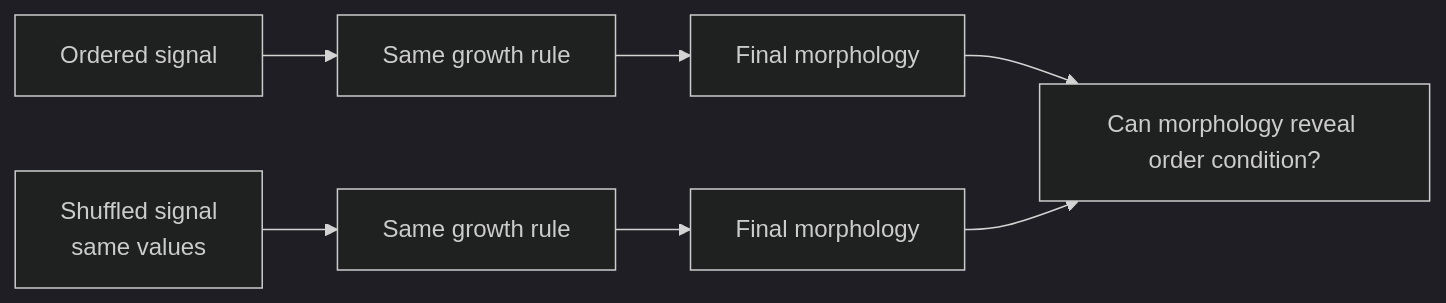
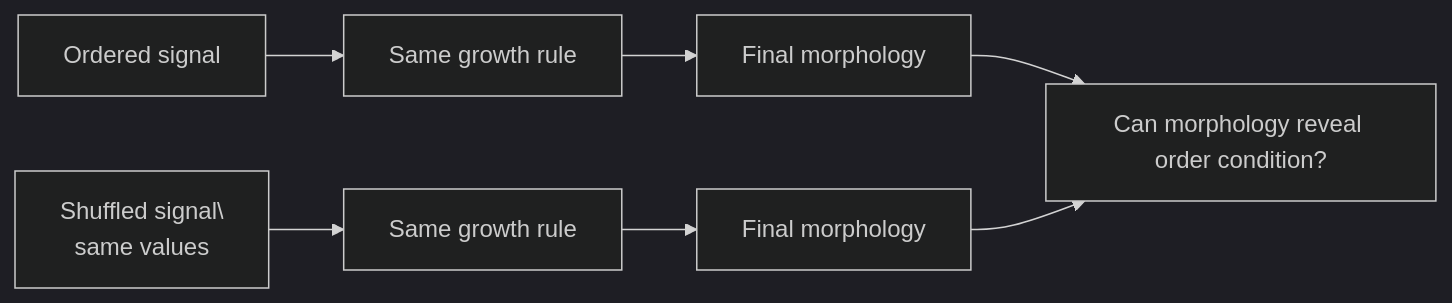
One commit to ernanhughes/Digital-Life changed the third of 5 diagrams in content/books/digital-life/14-the-digital-crystal/index.md. Above: the diagram before and after it, drawn with Mermaid (dark theme). The commit also changed other lines of this file and 4 other files, not shown here.

````diff
--- a/content/books/digital-life/14-the-digital-crystal/index.md
+++ b/content/books/digital-life/14-the-digital-crystal/index.md
@@ -796,9 +796,9 @@
 ```mermaid
 flowchart LR
-    O["Ordered signal"] --> G1["Same growth rule"]
-    S["Shuffled signal<br/>same values"] --> G2["Same growth rule"]
-    G1 --> M1["Final morphology"]
-    G2 --> M2["Final morphology"]
-    M1 --> C["Can morphology reveal order condition?"]
-    M2 --> C
+    O["Ordered signal"] --> G1["Same growth rule"]
+    S["Shuffled signal\<br/>same values"] --> G2["Same growth rule"]
+    G1 --> M1["Final morphology"]
+    G2 --> M2["Final morphology"]
+    M1 --> C["Can morphology reveal order condition?"]
+    M2 --> C
 ```
````
